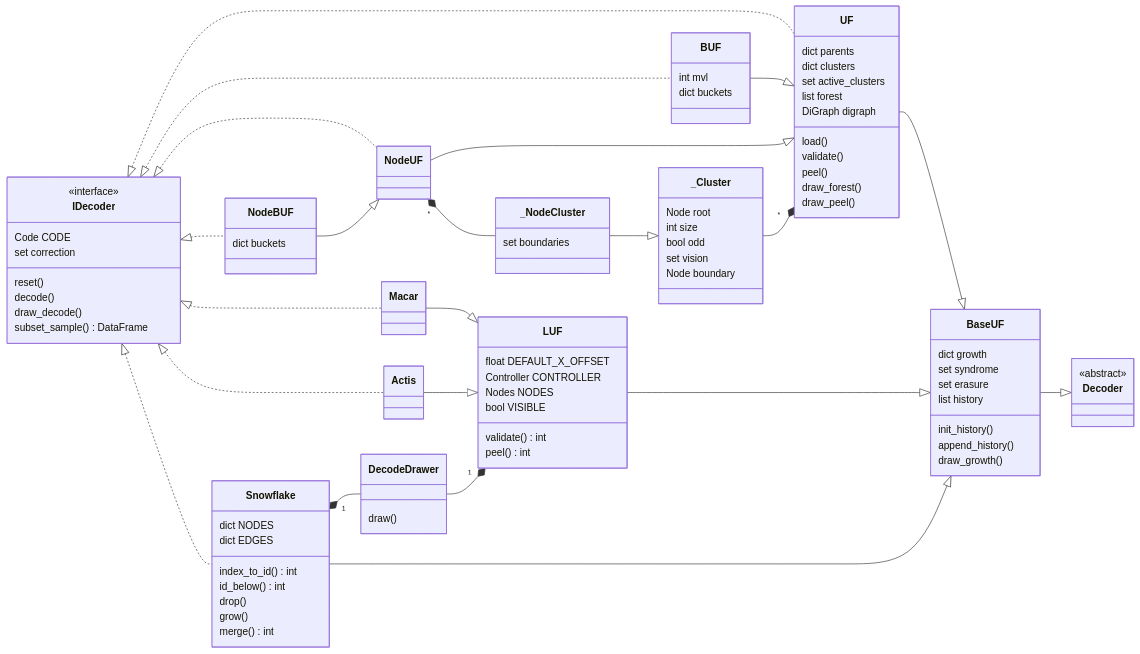
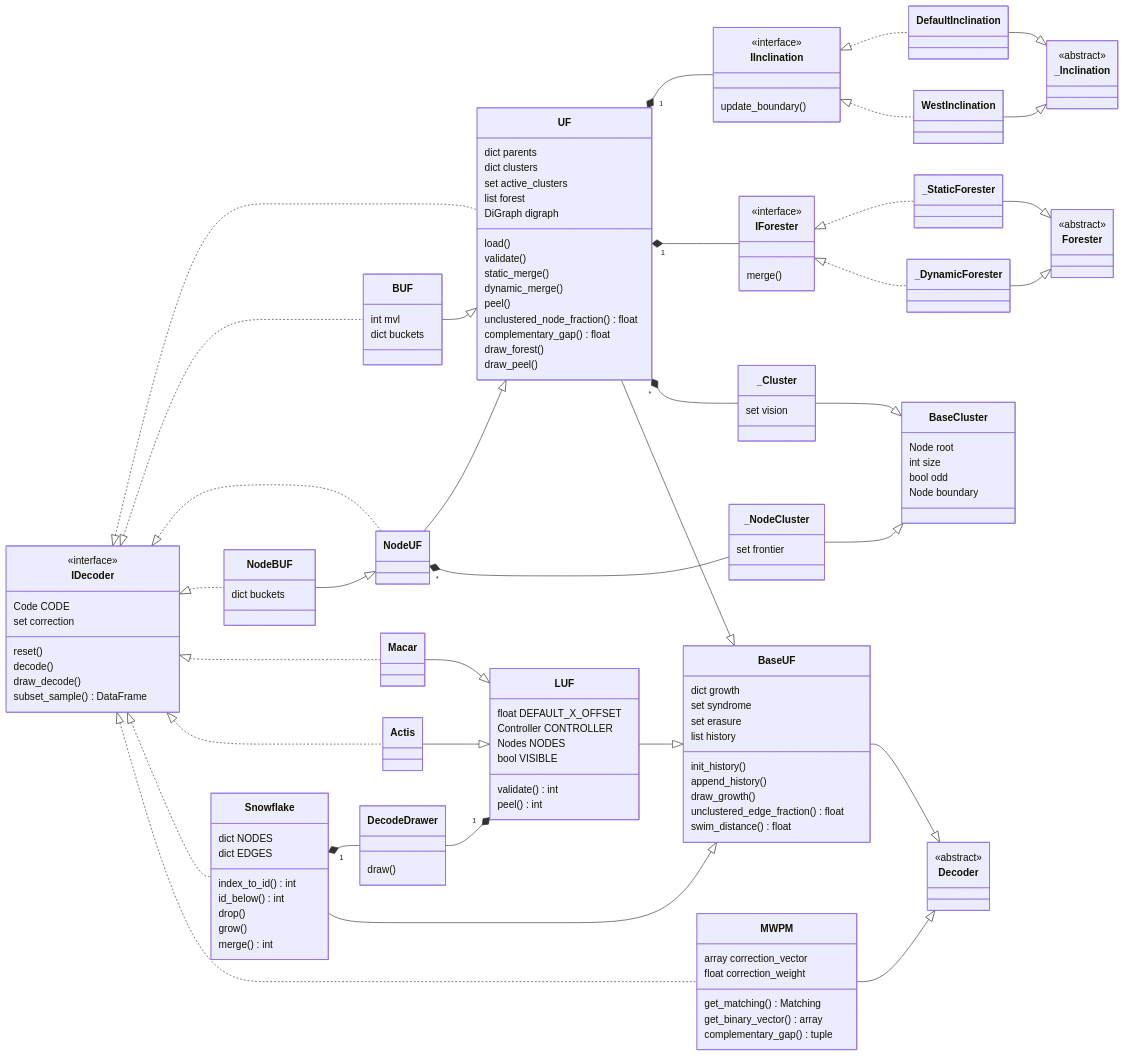
Before and after one commit to timchan0/localuf: the second of 4 diagrams in uml_class_diagrams.md, drawn with Mermaid. The commit also changed other lines of this file and 63 other files, not shown here.

````diff
--- a/uml_class_diagrams.md
+++ b/uml_class_diagrams.md
@@ -177,6 +178,8 @@
         init_history()
         append_history()
         draw_growth()
+        unclustered_edge_fraction() float
+        swim_distance() float
     }
     BaseUF --|> Decoder
 
@@ -188,11 +191,14 @@
         DiGraph digraph
         load()
         validate()
+        static_merge()
+        dynamic_merge()
         peel()
+        unclustered_node_fraction() float
+        complementary_gap() float
         draw_forest()
         draw_peel()
     }
-    UF --|> BaseUF
     class BUF{
         int mvl
         dict buckets
@@ -208,19 +214,46 @@
     IDecoder <|.. NodeUF
     IDecoder <|.. NodeBUF
 
-    class _Cluster{
+    class BaseCluster{
         Node root
         int size
         bool odd
-        set vision
         Node boundary
     }
-    _Cluster --* "*" UF
+    class _Cluster{
+        set vision
+    }
+
+    UF "1" *-- IInclination
+    class IInclination{
+        <<interface>>
+        update_boundary()
+    }
+    IInclination <|.. DefaultInclination
+    IInclination <|.. WestInclination
+    class _Inclination{<<abstract>>}
+    DefaultInclination --|> _Inclination
+    WestInclination --|> _Inclination
+
+    UF "1" *-- IForester
+    class IForester{
+        <<interface>>
+        merge()
+    }
+    IForester <|.. _StaticForester
+    IForester <|.. _DynamicForester
+    class Forester{<<abstract>>}
+    _StaticForester --|> Forester
+    _DynamicForester --|> Forester
+
+    UF "*" *-- _Cluster
+    UF --|> BaseUF
     class _NodeCluster{
-        set boundaries
+        set frontier
     }
     NodeUF "*" *-- _NodeCluster
-    _NodeCluster --|> _Cluster
+    _Cluster --|> BaseCluster
+    _NodeCluster --|> BaseCluster
 
     DecodeDrawer: draw()
     
@@ -251,4 +284,14 @@
     Snowflake "1" *-- DecodeDrawer
     Snowflake --|> BaseUF
     IDecoder <|.. Snowflake
+
+    class MWPM{
+        array correction_vector
+        float correction_weight
+        get_matching() Matching
+        get_binary_vector() array
+        complementary_gap() tuple
+    }
+    MWPM --|> Decoder
+    IDecoder <|.. MWPM
 ```
````
